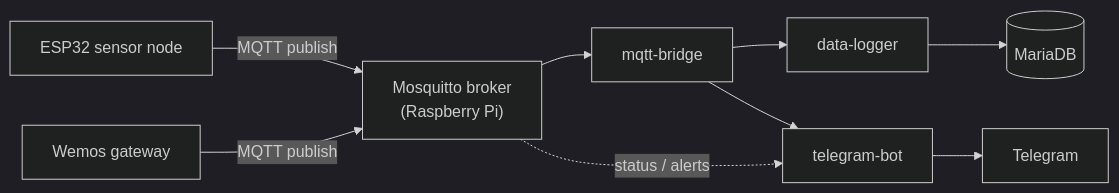
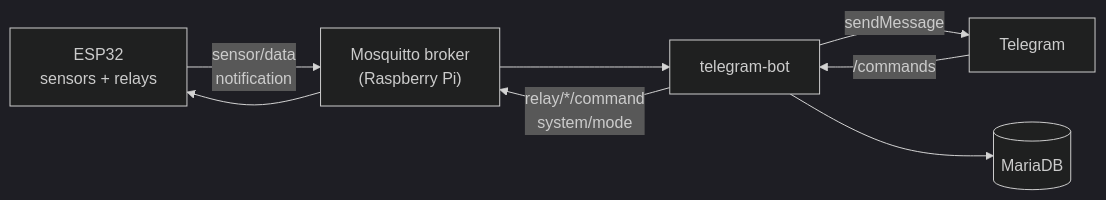
One commit to livinglab-source/Romyadhy changed the diagram in README.md. Above: the diagram before and after it, drawn with Mermaid (dark theme). The commit also changed other lines of this file and 32 other files, not shown here.

First line of the commit message:
docs(telegram-bot): document implemented bot, env-based config, MQTT contract

````diff
--- a/README.md
+++ b/README.md
@@ -11,11 +11,10 @@
 ```mermaid
 flowchart LR
-  A["ESP32 sensor node"] -->|MQTT publish| B["Mosquitto broker<br/>(Raspberry Pi)"]
-  C["Wemos gateway"] -->|MQTT publish| B
-  B --> D["mqtt-bridge"]
-  D --> E["data-logger"]
-  E --> F[("MariaDB")]
-  D --> G["telegram-bot"]
-  G --> H["Telegram"]
-  B -.->|status / alerts| G
+  A["ESP32<br/>sensors + relays"] -->|"sensor/data<br/>notification"| B["Mosquitto broker<br/>(Raspberry Pi)"]
+  B --> C["telegram-bot"]
+  C -->|"sendMessage"| D["Telegram"]
+  D -->|"/commands"| C
+  C --> E[("MariaDB")]
+  C -->|"relay/*/command<br/>system/mode"| B
+  B --> A
 ```
````
